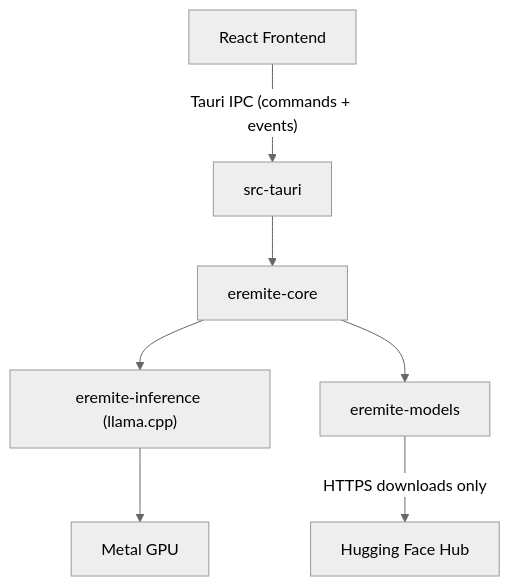
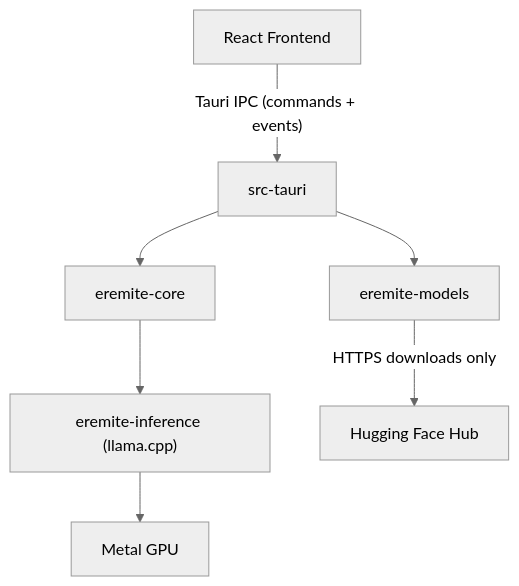
One commit to isherax/eremite changed the diagram in docs/ARCHITECTURE.md. Above: the diagram before and after it, drawn with Mermaid (neutral theme). The commit also changed other lines of this file and 1 other file, not shown here.

Commit message:
Update mds with core design decisions

````diff
--- a/docs/ARCHITECTURE.md
+++ b/docs/ARCHITECTURE.md
@@ -7,9 +7,9 @@
 ```mermaid
 graph TD
     UI["React Frontend"] -->|"Tauri IPC (commands + events)"| TauriShell["src-tauri"]
     TauriShell --> Core["eremite-core"]
+    TauriShell --> ModelMgr["eremite-models"]
     Core --> Inference["eremite-inference (llama.cpp)"]
-    Core --> ModelMgr["eremite-models"]
     ModelMgr -->|"HTTPS downloads only"| HFHub["Hugging Face Hub"]
     Inference --> Metal["Metal GPU"]
 ```
````
